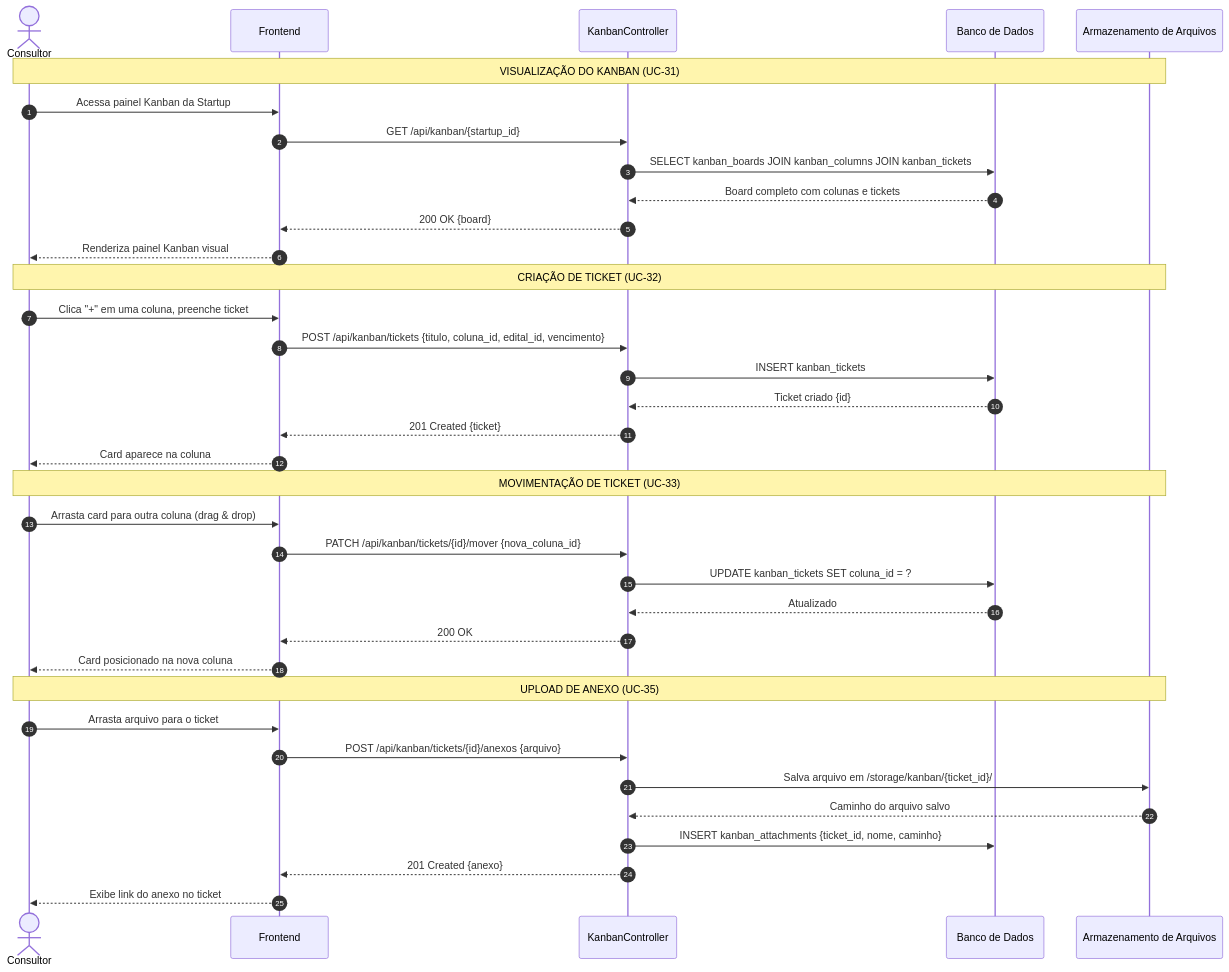
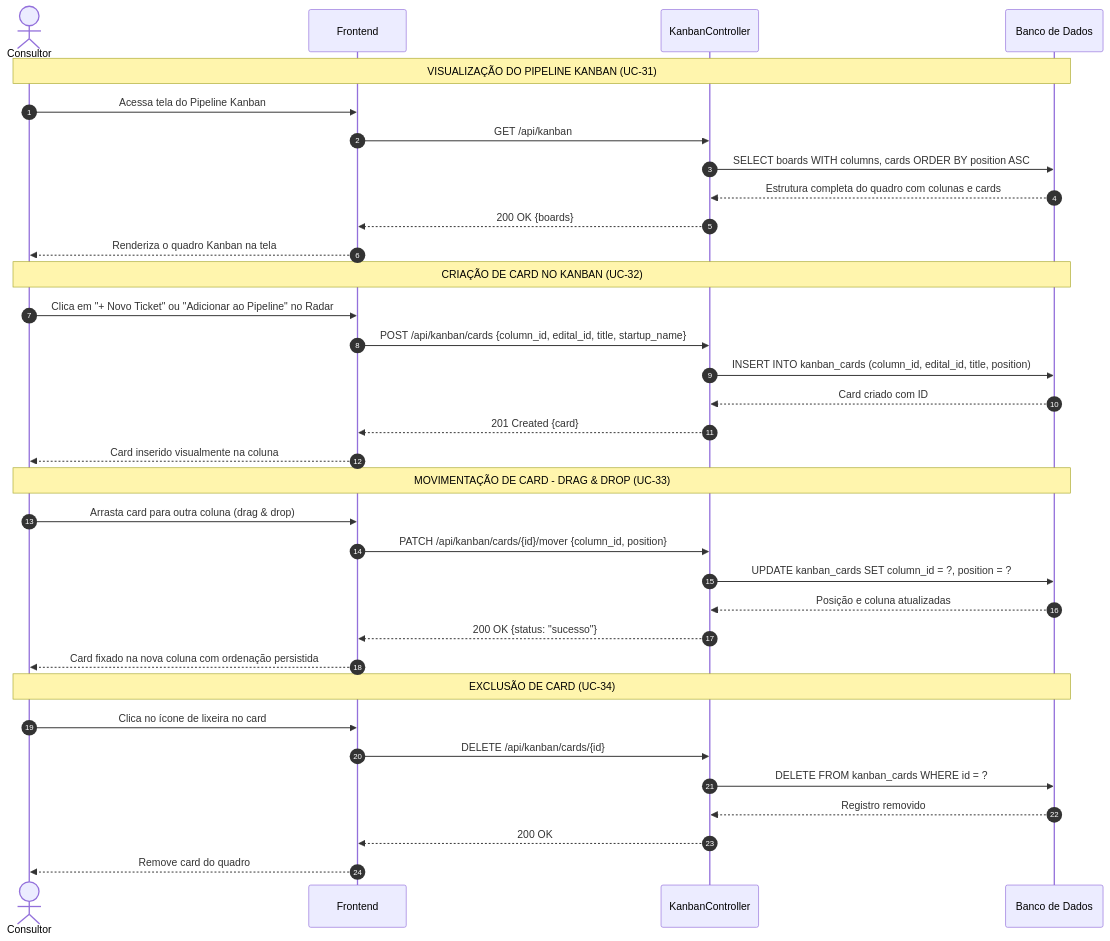
The diagram in Documentação/Artefatos - 004/DIAGRAMA DE SEQUENCIA/Codigo mermaid/DS-07-KANBAN.mmd (RobertoYz/PROJETO-ESCOLA-TI-), drawn with Mermaid before and after one commit. The commit also changed 13 other files, not shown here.

Commit message:
docs: Alinha diagramas DER, Classes e Sequencia com a arquitetura real implementada

```diff
--- a/Documentação/Artefatos - 004/DIAGRAMA DE SEQUENCIA/Codigo mermaid/DS-07-KANBAN.mmd
+++ b/Documentação/Artefatos - 004/DIAGRAMA DE SEQUENCIA/Codigo mermaid/DS-07-KANBAN.mmd
@@ -1,44 +1,42 @@
 %% ────────────────────────────────────────────────────────────
 %% DS-07: PIPELINE KANBAN (UC-31 a UC-35)
-%% Criação de ticket, movimentação e upload de anexo
+%% Visualização, criação, movimentação e exclusão de cards no fluxo REST
 %% ────────────────────────────────────────────────────────────
 sequenceDiagram
     autonumber
     actor Consultor
     participant Frontend
     participant KanbanController
     participant BD as Banco de Dados
-    participant Storage as Armazenamento de Arquivos
 
-    Note over Consultor,Storage: VISUALIZAÇÃO DO KANBAN (UC-31)
-    Consultor->>Frontend: Acessa painel Kanban da Startup
-    Frontend->>KanbanController: GET /api/kanban/{startup_id}
-    KanbanController->>BD: SELECT kanban_boards JOIN kanban_columns JOIN kanban_tickets
-    BD-->>KanbanController: Board completo com colunas e tickets
-    KanbanController-->>Frontend: 200 OK {board}
-    Frontend-->>Consultor: Renderiza painel Kanban visual
+    Note over Consultor,BD: VISUALIZAÇÃO DO PIPELINE KANBAN (UC-31)
+    Consultor->>Frontend: Acessa tela do Pipeline Kanban
+    Frontend->>KanbanController: GET /api/kanban
+    KanbanController->>BD: SELECT boards WITH columns, cards ORDER BY position ASC
+    BD-->>KanbanController: Estrutura completa do quadro com colunas e cards
+    KanbanController-->>Frontend: 200 OK {boards}
+    Frontend-->>Consultor: Renderiza o quadro Kanban na tela
 
-    Note over Consultor,Storage: CRIAÇÃO DE TICKET (UC-32)
-    Consultor->>Frontend: Clica "+" em uma coluna, preenche ticket
-    Frontend->>KanbanController: POST /api/kanban/tickets {titulo, coluna_id, edital_id, vencimento}
-    KanbanController->>BD: INSERT kanban_tickets
-    BD-->>KanbanController: Ticket criado {id}
-    KanbanController-->>Frontend: 201 Created {ticket}
-    Frontend-->>Consultor: Card aparece na coluna
+    Note over Consultor,BD: CRIAÇÃO DE CARD NO KANBAN (UC-32)
+    Consultor->>Frontend: Clica em "+ Novo Ticket" ou "Adicionar ao Pipeline" no Radar
+    Frontend->>KanbanController: POST /api/kanban/cards {column_id, edital_id, title, startup_name}
+    KanbanController->>BD: INSERT INTO kanban_cards (column_id, edital_id, title, position)
+    BD-->>KanbanController: Card criado com ID
+    KanbanController-->>Frontend: 201 Created {card}
+    Frontend-->>Consultor: Card inserido visualmente na coluna
 
-    Note over Consultor,Storage: MOVIMENTAÇÃO DE TICKET (UC-33)
+    Note over Consultor,BD: MOVIMENTAÇÃO DE CARD - DRAG & DROP (UC-33)
     Consultor->>Frontend: Arrasta card para outra coluna (drag & drop)
-    Frontend->>KanbanController: PATCH /api/kanban/tickets/{id}/mover {nova_coluna_id}
-    KanbanController->>BD: UPDATE kanban_tickets SET coluna_id = ?
-    BD-->>KanbanController: Atualizado
+    Frontend->>KanbanController: PATCH /api/kanban/cards/{id}/mover {column_id, position}
+    KanbanController->>BD: UPDATE kanban_cards SET column_id = ?, position = ?
+    BD-->>KanbanController: Posição e coluna atualizadas
+    KanbanController-->>Frontend: 200 OK {status: "sucesso"}
+    Frontend-->>Consultor: Card fixado na nova coluna com ordenação persistida
+
+    Note over Consultor,BD: EXCLUSÃO DE CARD (UC-34)
+    Consultor->>Frontend: Clica no ícone de lixeira no card
+    Frontend->>KanbanController: DELETE /api/kanban/cards/{id}
+    KanbanController->>BD: DELETE FROM kanban_cards WHERE id = ?
+    BD-->>KanbanController: Registro removido
     KanbanController-->>Frontend: 200 OK
-    Frontend-->>Consultor: Card posicionado na nova coluna
-
-    Note over Consultor,Storage: UPLOAD DE ANEXO (UC-35)
-    Consultor->>Frontend: Arrasta arquivo para o ticket
-    Frontend->>KanbanController: POST /api/kanban/tickets/{id}/anexos {arquivo}
-    KanbanController->>Storage: Salva arquivo em /storage/kanban/{ticket_id}/
-    Storage-->>KanbanController: Caminho do arquivo salvo
-    KanbanController->>BD: INSERT kanban_attachments {ticket_id, nome, caminho}
-    KanbanController-->>Frontend: 201 Created {anexo}
-    Frontend-->>Consultor: Exibe link do anexo no ticket
+    Frontend-->>Consultor: Remove card do quadro
```
